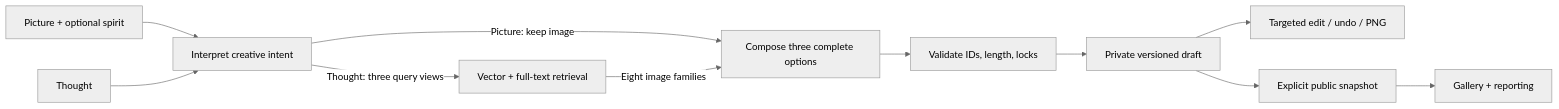
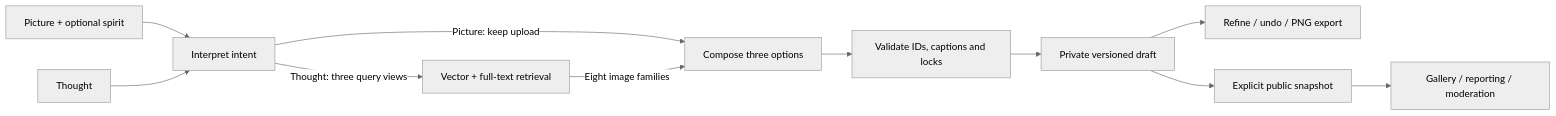
One commit to yihan2588/DesignGenAI_repo changed the diagram in README.md. Above: the diagram before and after it, drawn with Mermaid (neutral theme). The commit also changed other lines of this file and 25 other files, not shown here.

````diff
--- a/README.md
+++ b/README.md
@@ -35,13 +26,13 @@
 ```mermaid
 flowchart LR
-  Pic[Picture + optional spirit] --> Interpret[Interpret creative intent]
-  Thought[Thought] --> Interpret
-  Interpret -->|Picture: keep image| Compose[Compose three complete options]
-  Interpret -->|Thought: three query views| Search[Vector + full-text retrieval]
-  Search -->|Eight image families| Compose
-  Compose --> Validate[Validate IDs, length, locks]
-  Validate --> Draft[Private versioned draft]
-  Draft --> Edit[Targeted edit / undo / PNG]
+  Pic[Picture + optional spirit] --> Intent[Interpret intent]
+  Thought[Thought] --> Intent
+  Intent -->|Picture: keep upload| Write[Compose three options]
+  Intent -->|Thought: three query views| Search[Vector + full-text retrieval]
+  Search -->|Eight image families| Write
+  Write --> Check[Validate IDs, captions and locks]
+  Check --> Draft[Private versioned draft]
+  Draft --> Edit[Refine / undo / PNG export]
   Draft --> Publish[Explicit public snapshot]
-  Publish --> Gallery[Gallery + reporting]
+  Publish --> Gallery[Gallery / reporting / moderation]
 ```
````
